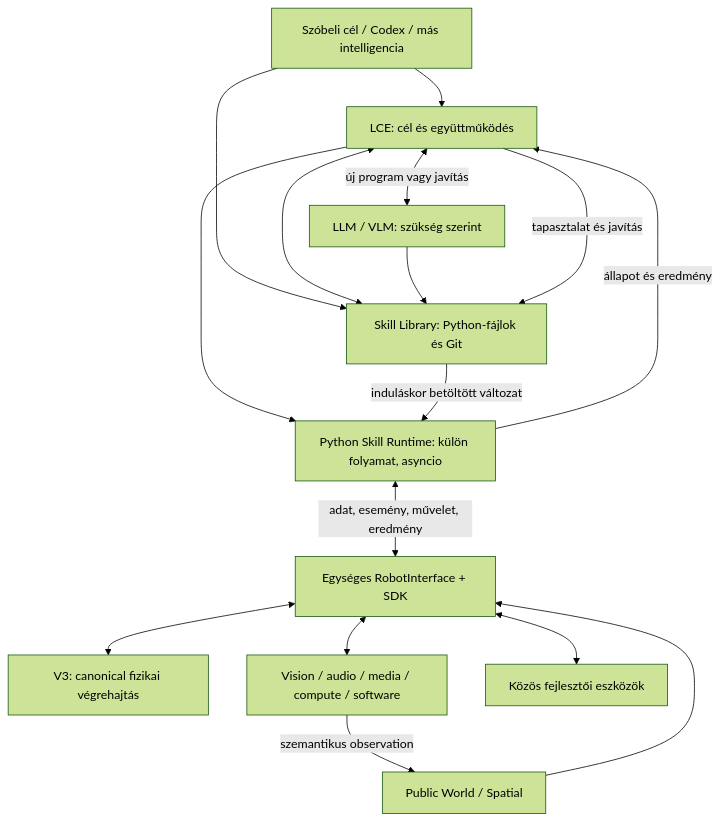
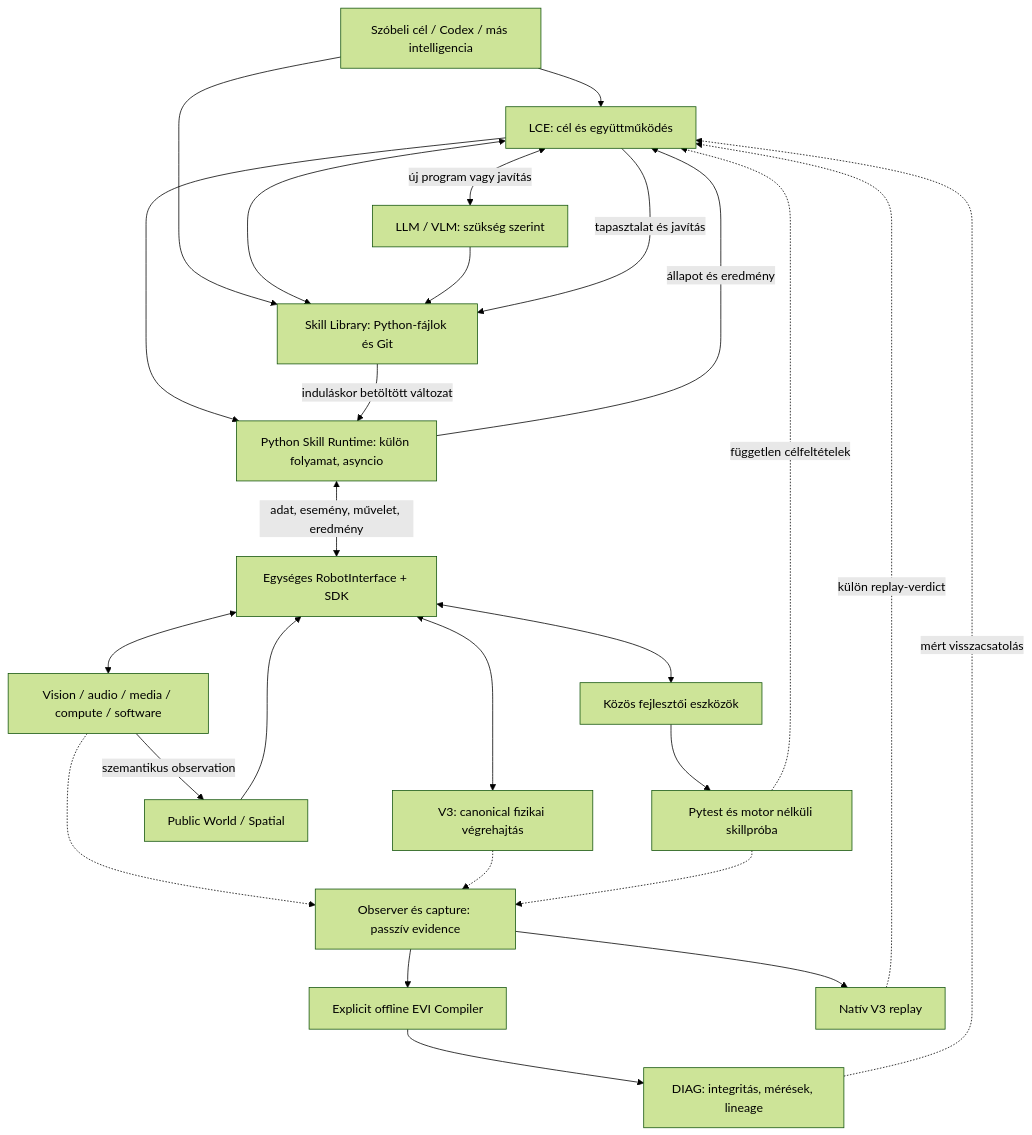
One commit to Francigofree/r2b4 changed the diagram in docs/LCE_LLM_COOPERATION_PLAN.md. Above: the diagram before and after it, drawn with Mermaid (forest theme). The commit also changed other lines of this file and 10 other files, not shown here.

````diff
--- a/docs/LCE_LLM_COOPERATION_PLAN.md
+++ b/docs/LCE_LLM_COOPERATION_PLAN.md
@@ -87,18 +89,28 @@
 ```mermaid
 flowchart TD
     U[Szóbeli cél / Codex / más intelligencia] --> L[LCE: cél és együttműködés]
     U --> K[Skill Library: Python-fájlok és Git]
     L <--> K
     L <-->|új program vagy javítás| M[LLM / VLM: szükség szerint]
     M --> K
     L --> R[Python Skill Runtime: külön folyamat, asyncio]
     K -->|induláskor betöltött változat| R
     R <-->|adat, esemény, művelet, eredmény| I[Egységes RobotInterface + SDK]
     I <--> V[V3: canonical fizikai végrehajtás]
     I <--> O[Vision / audio / media / compute / software]
     O -->|szemantikus observation| W[Public World / Spatial]
     W --> I
     I <--> D[Közös fejlesztői eszközök]
+    O -.-> C[Observer és capture: passzív evidence]
+    V -.-> C
+    C --> E[Explicit offline EVI Compiler]
+    E --> Q[DIAG: integritás, mérések, lineage]
+    C --> P[Natív V3 replay]
+    D --> T[Pytest és motor nélküli skillpróba]
+    T -.-> C
+    Q -.->|mért visszacsatolás| L
+    P -.->|külön replay-verdict| L
+    T -.->|független célfeltételek| L
     R -->|állapot és eredmény| L
     L -->|tapasztalat és javítás| K
 ```
````
